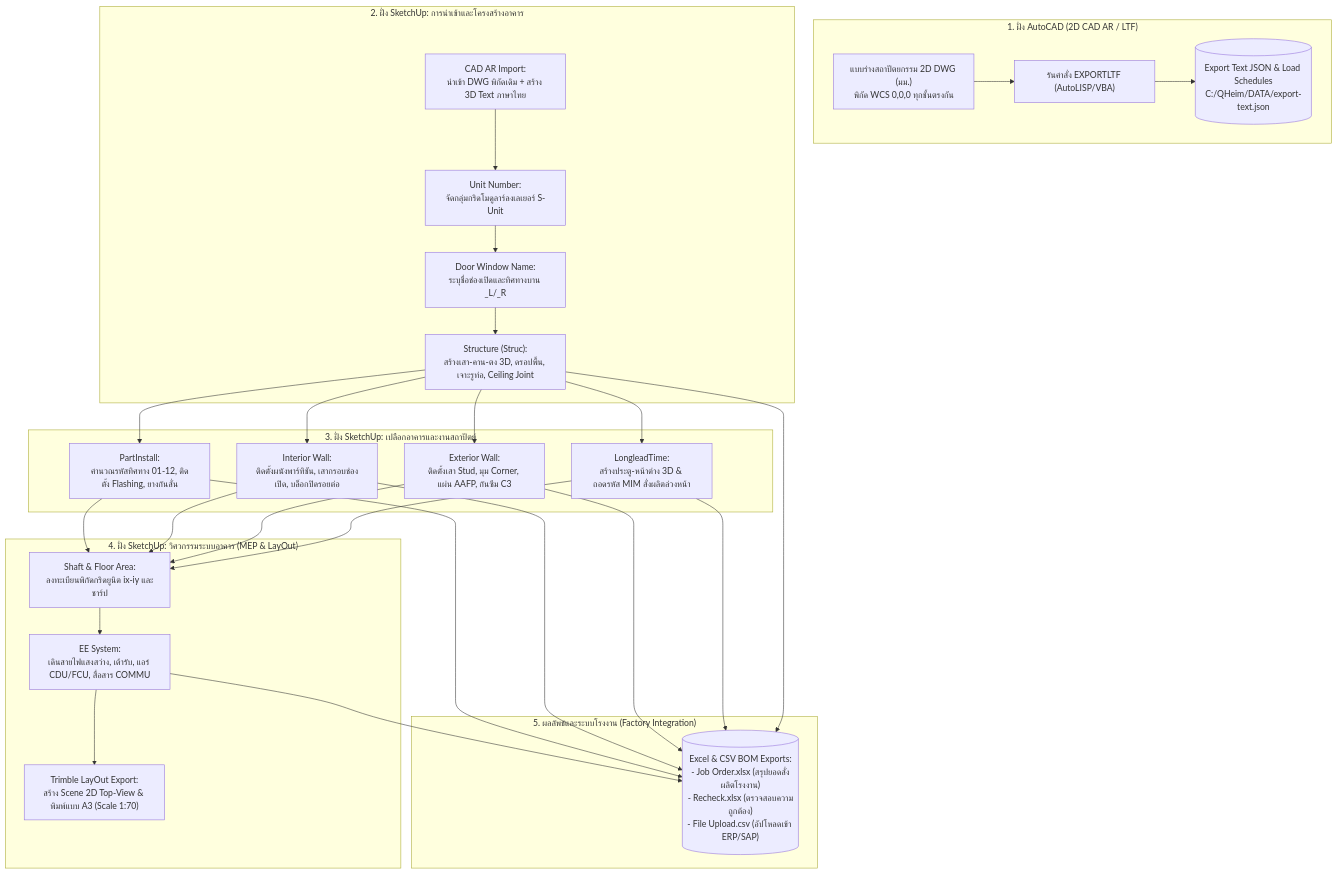
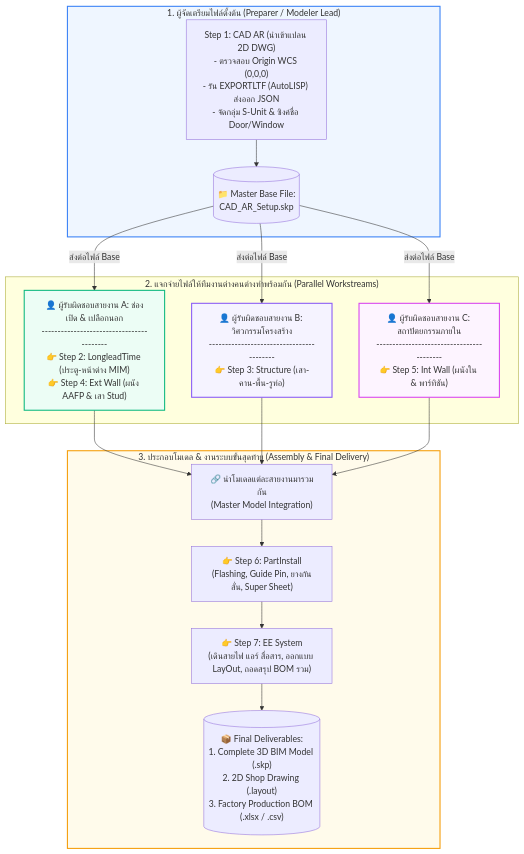
The diagram in README.md (suteechu/manual-QHeim), drawn with Mermaid before and after one commit. The commit also changed other lines of this file and 1 other file, not shown here.

Commit message:
docs: update 7-step sequence and add multi-user parallel workflow guide

````diff
--- a/README.md
+++ b/README.md
@@ -28,30 +48,26 @@
 ```mermaid
 flowchart TD
-    subgraph CAD["1. ฝั่ง AutoCAD (2D CAD AR / LTF)"]
-        A1["แบบร่างสถาปัตยกรรม 2D DWG (มม.)<br/>พิกัด WCS 0,0,0 ทุกชั้นตรงกัน"] --> A2["รันคำสั่ง EXPORTLTF (AutoLISP/VBA)"]
-        A2 --> A3[("Export Text JSON & Load Schedules<br/>C:/QHeim/DATA/export-text.json")]
+    subgraph PREP["1. ผู้จัดเตรียมไฟล์ตั้งต้น (Preparer / Modeler Lead)"]
+        S1["Step 1: CAD AR (นำเข้าแปลน 2D DWG)<br/>- ตรวจสอบ Origin WCS (0,0,0)<br/>- รัน EXPORTLTF (AutoLISP) ส่งออก JSON<br/>- จัดกลุ่ม S-Unit & ซิงค์ชื่อ Door/Window"]
+        S1 --> BASE[("📁 Master Base File: <br/>CAD_AR_Setup.skp")]
     end
 
-    subgraph SKP_CORE["2. ฝั่ง SketchUp: การนำเข้าและโครงสร้างอาคาร"]
-        B1["CAD AR Import:<br/>นำเข้า DWG พิกัดเดิม + สร้าง 3D Text ภาษาไทย"] --> B2["Unit Number:<br/>จัดกลุ่มกริดโมดูลาร์ลงเลเยอร์ S-Unit"]
-        B2 --> B3["Door Window Name:<br/>ระบุชื่อช่องเปิดและทิศทางบาน _L/_R"]
-        B3 --> C1["Structure (Struc):<br/>สร้างเสา-คาน-ตง 3D, ดรอปพื้น, เจาะรูท่อ, Ceiling Joint"]
+    subgraph PARALLEL["2. แจกจ่ายไฟล์ให้ทีมงานต่างคนต่างทำพร้อมกัน (Parallel Workstreams)"]
+        BASE -->|ส่งต่อไฟล์ Base| TEAM_A["👤 ผู้รับผิดชอบสายงาน A: ช่องเปิด & เปลือกนอก<br/>-----------------------------------------<br/>👉 Step 2: LongleadTime (ประตู-หน้าต่าง MIM)<br/>👉 Step 4: Ext Wall (ผนัง AAFP & เสา Stud)"]
+        BASE -->|ส่งต่อไฟล์ Base| TEAM_B["👤 ผู้รับผิดชอบสายงาน B: วิศวกรรมโครงสร้าง<br/>-----------------------------------------<br/>👉 Step 3: Structure (เสา-คาน-พื้น-รูท่อ)"]
+        BASE -->|ส่งต่อไฟล์ Base| TEAM_C["👤 ผู้รับผิดชอบสายงาน C: สถาปัตยกรรมภายใน<br/>-----------------------------------------<br/>👉 Step 5: Int Wall (ผนังใน & พาร์ทิชัน)"]
     end
 
-    subgraph SKP_ENCLOSURE["3. ฝั่ง SketchUp: เปลือกอาคารและงานสถาปัตย์"]
-        C1 --> D1["LongleadTime:<br/>สร้างประตู-หน้าต่าง 3D & ถอดรหัส MIM สั่งผลิตล่วงหน้า"]
-        C1 --> D2["Exterior Wall:<br/>ติดตั้งเสา Stud, มุม Corner, แผ่น AAFP, กันซึม C3"]
-        C1 --> D3["Interior Wall:<br/>ติดตั้งผนังพาร์ทิชัน, เสากรอบช่องเปิด, บล็อกปิดรอยต่อ"]
-        C1 --> D4["PartInstall:<br/>คำนวณรหัสทิศทาง 01-12, ติดตั้ง Flashing, ยางกันสั่น"]
+    subgraph INTEGRATION["3. ประกอบโมเดล & งานระบบขั้นสุดท้าย (Assembly & Final Delivery)"]
+        TEAM_A & TEAM_B & TEAM_C --> MERGE["🔗 นำโมเดลแต่ละสายงานมารวมกัน<br/>(Master Model Integration)"]
+        MERGE --> S6["👉 Step 6: PartInstall<br/>(Flashing, Guide Pin, ยางกันสั่น, Super Sheet)"]
+        S6 --> S7["👉 Step 7: EE System<br/>(เดินสายไฟ แอร์ สื่อสาร, ออกแบบ LayOut, ถอดสรุป BOM รวม)"]
+        S7 --> OUTPUT[("📦 Final Deliverables:<br/>1. Complete 3D BIM Model (.skp)<br/>2. 2D Shop Drawing (.layout)<br/>3. Factory Production BOM (.xlsx / .csv)")]
     end
 
-    subgraph SKP_MEP["4. ฝั่ง SketchUp: วิศวกรรมระบบอาคาร (MEP & LayOut)"]
-        D1 & D2 & D3 & D4 --> E1["Shaft & Floor Area:<br/>ลงทะเบียนพิกัดกริดยูนิต ix-iy และชาร์ป"]
-        E1 --> E2["EE System:<br/>เดินสายไฟแสงสว่าง, เต้ารับ, แอร์ CDU/FCU, สื่อสาร COMMU"]
-        E2 --> E3["Trimble LayOut Export:<br/>สร้าง Scene 2D Top-View & พิมพ์แบบ A3 (Scale 1:70)"]
-    end
-
-    subgraph OUTPUT["5. ผลลัพธ์และระบบโรงงาน (Factory Integration)"]
-        C1 & D1 & D2 & D3 & D4 & E2 --> F1[("Excel & CSV BOM Exports:<br/>- Job Order.xlsx (สรุปยอดสั่งผลิตโรงงาน)<br/>- Recheck.xlsx (ตรวจสอบความถูกต้อง)<br/>- File Upload.csv (อัปโหลดเข้า ERP/SAP)")]
-    end
+    style PREP fill:#eff6ff,stroke:#3b82f6,stroke-width:2px
+    style TEAM_A fill:#ecfdf5,stroke:#10b981,stroke-width:2px
+    style TEAM_B fill:#f5f3ff,stroke:#8b5cf6,stroke-width:2px
+    style TEAM_C fill:#fdf4ff,stroke:#d946ef,stroke-width:2px
+    style INTEGRATION fill:#fffbeb,stroke:#f59e0b,stroke-width:2px
 ```
````
